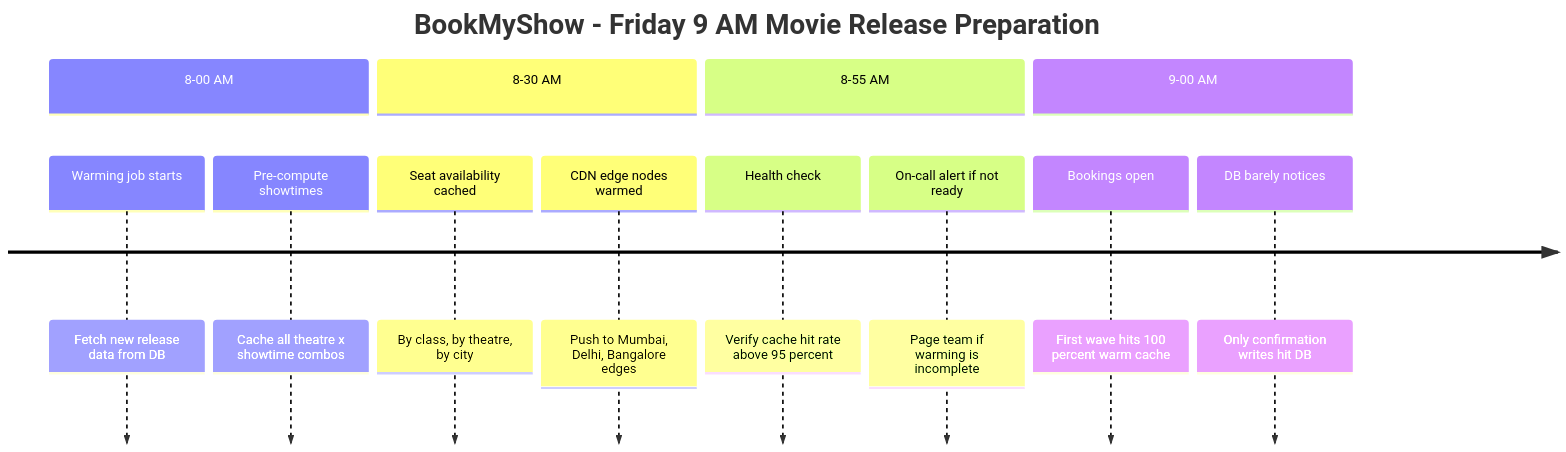
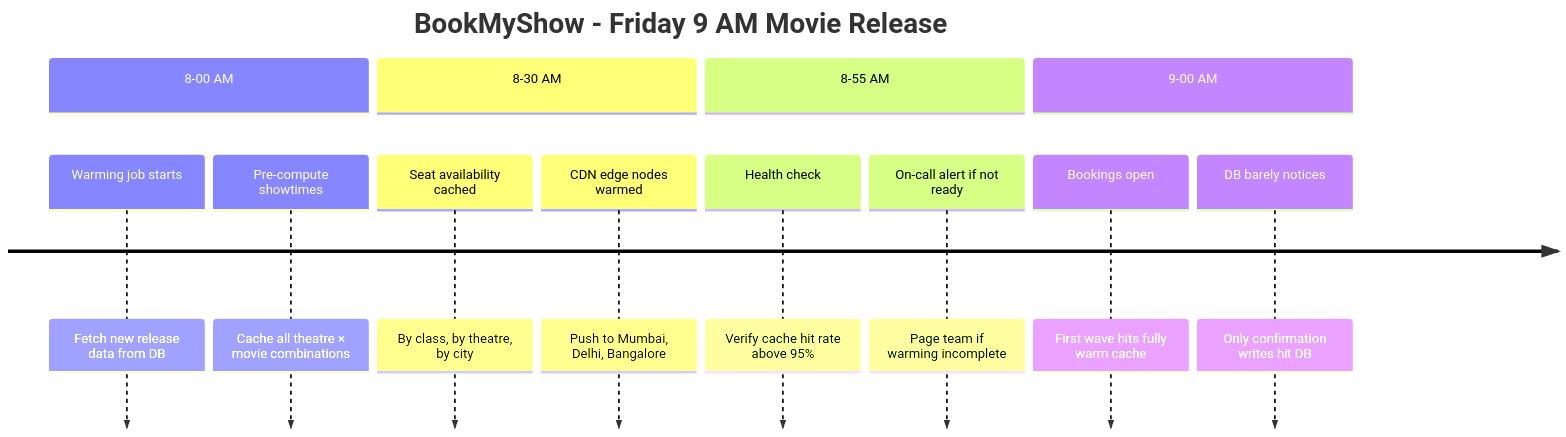
Diagram 11 of 12 in content/posts/38-thundering-herd.md (g-savitha/portfolio), drawn with Mermaid before and after one commit. The commit also changed other lines of this file, not shown here.

````diff
--- a/content/posts/38-thundering-herd.md
+++ b/content/posts/38-thundering-herd.md
@@ -588,20 +450,20 @@
 ```mermaid
 timeline
-    title BookMyShow - Friday 9 AM Movie Release Preparation
+    title BookMyShow - Friday 9 AM Movie Release
 
     section 8-00 AM
         Warming job starts : Fetch new release data from DB
-        Pre-compute showtimes : Cache all theatre x showtime combos
+        Pre-compute showtimes : Cache all theatre × movie combinations
 
     section 8-30 AM
         Seat availability cached : By class, by theatre, by city
-        CDN edge nodes warmed : Push to Mumbai, Delhi, Bangalore edges
+        CDN edge nodes warmed : Push to Mumbai, Delhi, Bangalore
 
     section 8-55 AM
-        Health check : Verify cache hit rate above 95 percent
-        On-call alert if not ready : Page team if warming is incomplete
+        Health check : Verify cache hit rate above 95%
+        On-call alert if not ready : Page team if warming incomplete
 
     section 9-00 AM
-        Bookings open : First wave hits 100 percent warm cache
+        Bookings open : First wave hits fully warm cache
         DB barely notices : Only confirmation writes hit DB
 ```
````
